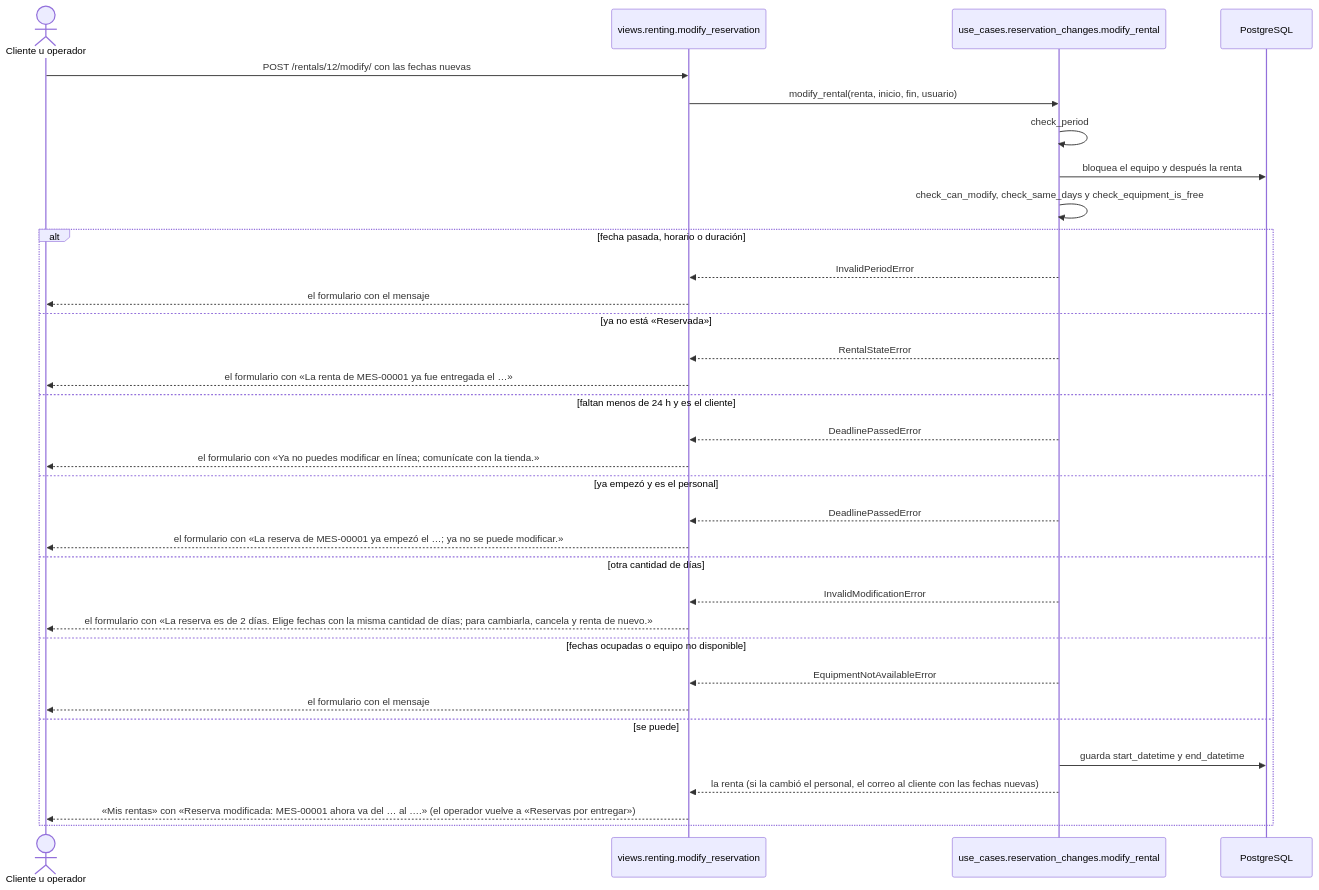
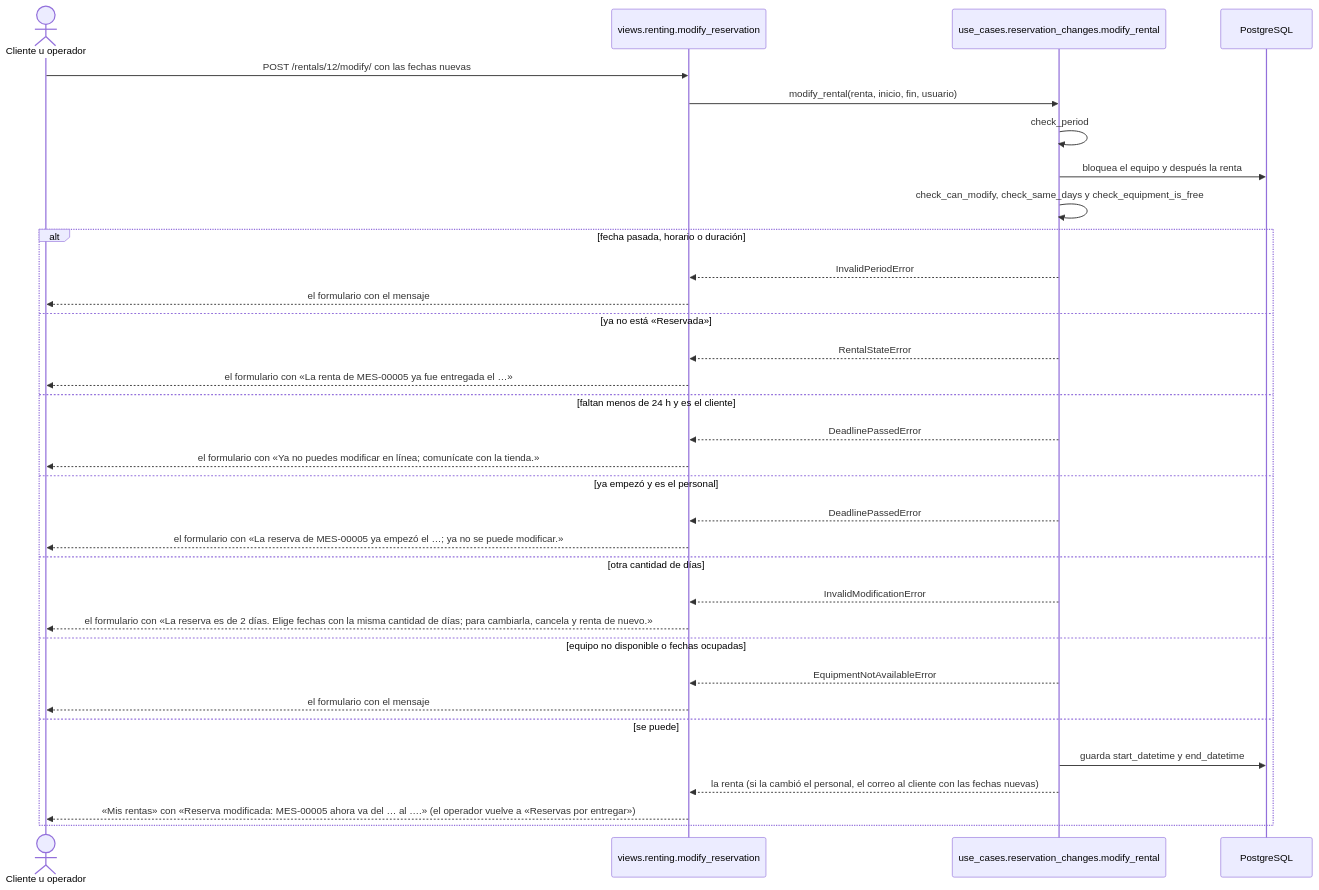
One commit to peterteranb/astra-rent-system changed diagram 13 of 39 in docs/casos-de-uso.md. Above: the diagram before and after it, drawn with Mermaid. The commit also changed other lines of this file and 9 other files, not shown here.

````diff
--- a/docs/casos-de-uso.md
+++ b/docs/casos-de-uso.md
@@ -479,35 +605,35 @@
 ```mermaid
 sequenceDiagram
     actor C as Cliente u operador
     participant V as views.renting.modify_reservation
     participant U as use_cases.reservation_changes.modify_rental
     participant BD as PostgreSQL
     C->>V: POST /rentals/12/modify/ con las fechas nuevas
     V->>U: modify_rental(renta, inicio, fin, usuario)
     U->>U: check_period
     U->>BD: bloquea el equipo y después la renta
     U->>U: check_can_modify, check_same_days y check_equipment_is_free
     alt fecha pasada, horario o duración
         U-->>V: InvalidPeriodError
         V-->>C: el formulario con el mensaje
     else ya no está «Reservada»
         U-->>V: RentalStateError
-        V-->>C: el formulario con «La renta de MES-00001 ya fue entregada el …»
+        V-->>C: el formulario con «La renta de MES-00005 ya fue entregada el …»
     else faltan menos de 24 h y es el cliente
         U-->>V: DeadlinePassedError
         V-->>C: el formulario con «Ya no puedes modificar en línea#59; comunícate con la tienda.»
     else ya empezó y es el personal
         U-->>V: DeadlinePassedError
-        V-->>C: el formulario con «La reserva de MES-00001 ya empezó el …#59; ya no se puede modificar.»
+        V-->>C: el formulario con «La reserva de MES-00005 ya empezó el …#59; ya no se puede modificar.»
     else otra cantidad de días
         U-->>V: InvalidModificationError
         V-->>C: el formulario con «La reserva es de 2 días. Elige fechas con la misma cantidad de días#59; para cambiarla, cancela y renta de nuevo.»
-    else fechas ocupadas o equipo no disponible
+    else equipo no disponible o fechas ocupadas
         U-->>V: EquipmentNotAvailableError
         V-->>C: el formulario con el mensaje
     else se puede
         U->>BD: guarda start_datetime y end_datetime
         U-->>V: la renta (si la cambió el personal, el correo al cliente con las fechas nuevas)
-        V-->>C: «Mis rentas» con «Reserva modificada: MES-00001 ahora va del … al ….» (el operador vuelve a «Reservas por entregar»)
+        V-->>C: «Mis rentas» con «Reserva modificada: MES-00005 ahora va del … al ….» (el operador vuelve a «Reservas por entregar»)
     end
 ```
````
